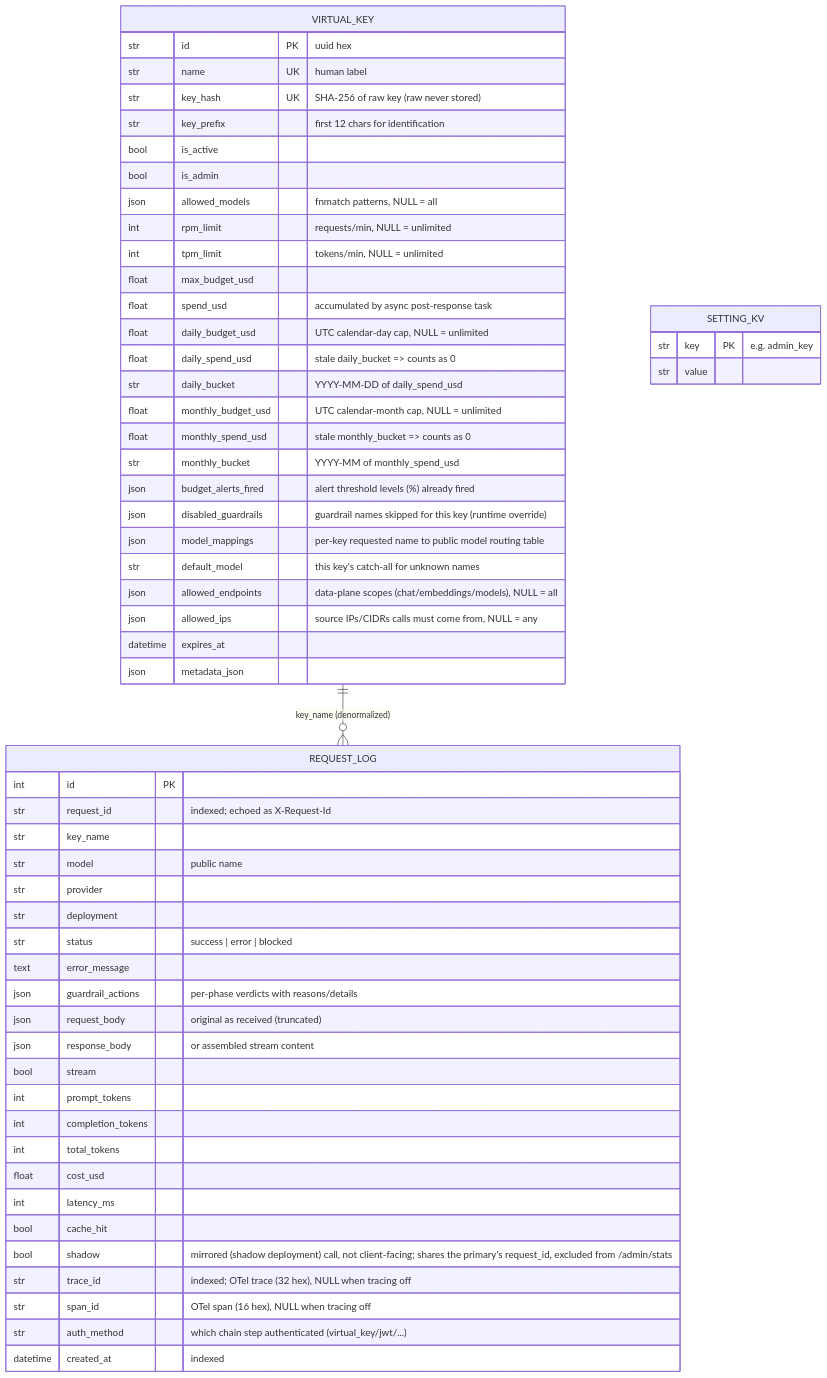
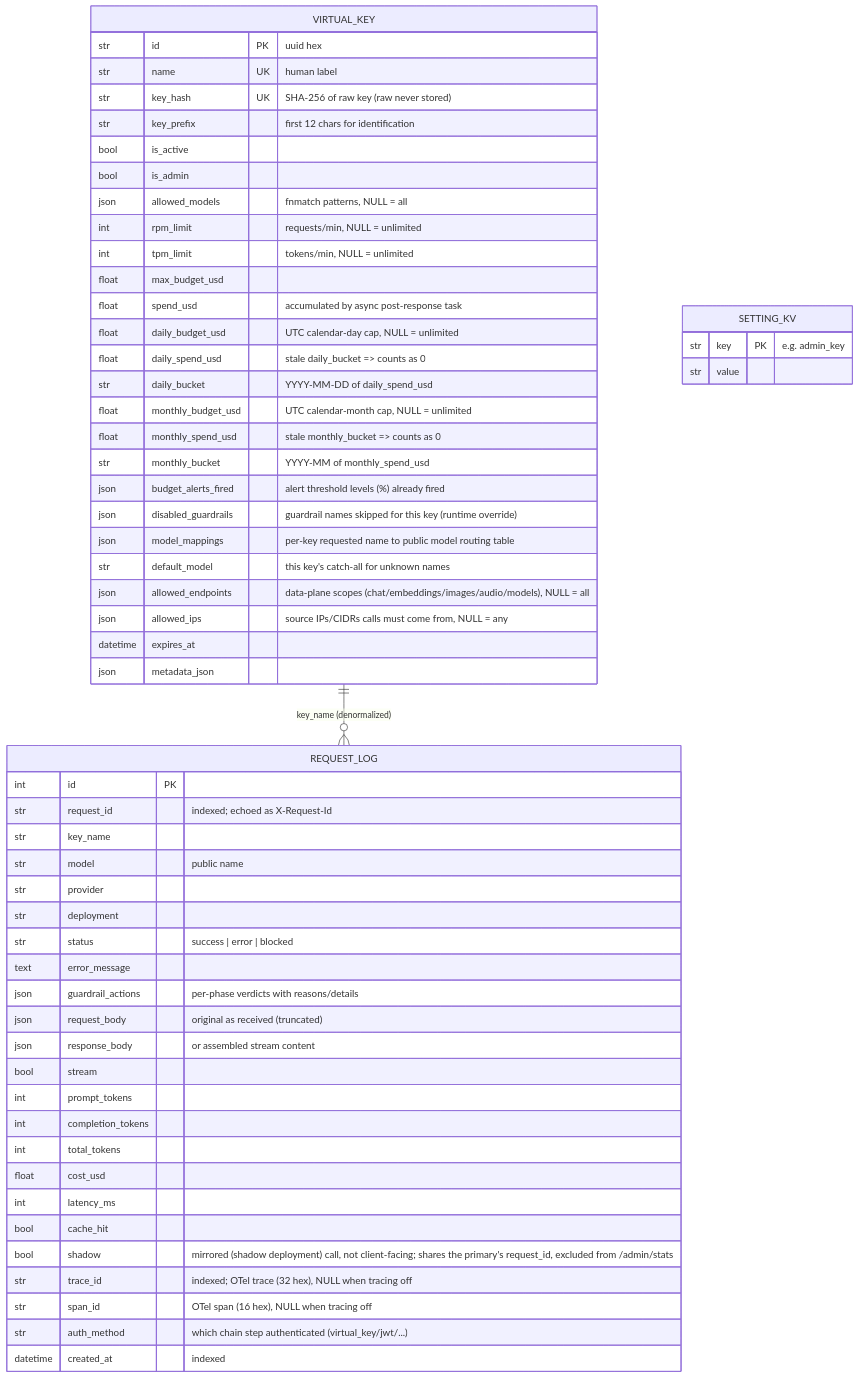
Before and after one commit to hinadome/llm_gateway: the eighth of 9 diagrams in ARCHITECTURE.md, drawn with Mermaid. The commit also changed other lines of this file and 21 other files, not shown here.

First line of the commit message:
Images and audio: the non-chat modalities on the same policy spine

````diff
--- a/ARCHITECTURE.md
+++ b/ARCHITECTURE.md
@@ -663,60 +710,60 @@
 ```mermaid
 erDiagram
     VIRTUAL_KEY ||--o{ REQUEST_LOG : "key_name (denormalized)"
     VIRTUAL_KEY {
         str id PK "uuid hex"
         str name UK "human label"
         str key_hash UK "SHA-256 of raw key (raw never stored)"
         str key_prefix "first 12 chars for identification"
         bool is_active
         bool is_admin
         json allowed_models "fnmatch patterns, NULL = all"
         int rpm_limit "requests/min, NULL = unlimited"
         int tpm_limit "tokens/min, NULL = unlimited"
         float max_budget_usd
         float spend_usd "accumulated by async post-response task"
         float daily_budget_usd "UTC calendar-day cap, NULL = unlimited"
         float daily_spend_usd "stale daily_bucket => counts as 0"
         str daily_bucket "YYYY-MM-DD of daily_spend_usd"
         float monthly_budget_usd "UTC calendar-month cap, NULL = unlimited"
         float monthly_spend_usd "stale monthly_bucket => counts as 0"
         str monthly_bucket "YYYY-MM of monthly_spend_usd"
         json budget_alerts_fired "alert threshold levels (%) already fired"
         json disabled_guardrails "guardrail names skipped for this key (runtime override)"
         json model_mappings "per-key requested name to public model routing table"
         str default_model "this key's catch-all for unknown names"
-        json allowed_endpoints "data-plane scopes (chat/embeddings/models), NULL = all"
+        json allowed_endpoints "data-plane scopes (chat/embeddings/images/audio/models), NULL = all"
         json allowed_ips "source IPs/CIDRs calls must come from, NULL = any"
         datetime expires_at
         json metadata_json
     }
     REQUEST_LOG {
         int id PK
         str request_id "indexed; echoed as X-Request-Id"
         str key_name
         str model "public name"
         str provider
         str deployment
         str status "success | error | blocked"
         text error_message
         json guardrail_actions "per-phase verdicts with reasons/details"
         json request_body "original as received (truncated)"
         json response_body "or assembled stream content"
         bool stream
         int prompt_tokens
         int completion_tokens
         int total_tokens
         float cost_usd
         int latency_ms
         bool cache_hit
         bool shadow "mirrored (shadow deployment) call, not client-facing; shares the primary's request_id, excluded from /admin/stats"
         str trace_id "indexed; OTel trace (32 hex), NULL when tracing off"
         str span_id "OTel span (16 hex), NULL when tracing off"
         str auth_method "which chain step authenticated (virtual_key/jwt/...)"
         datetime created_at "indexed"
     }
     SETTING_KV {
         str key PK "e.g. admin_key"
         str value
     }
 ```
````
